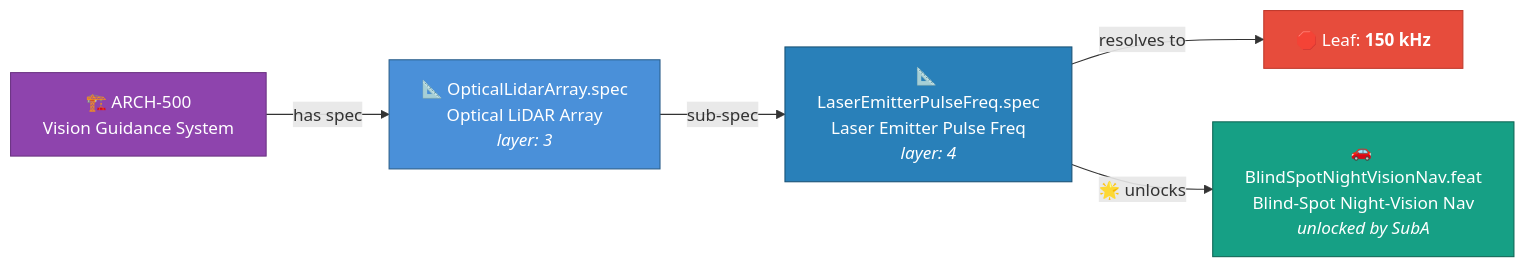
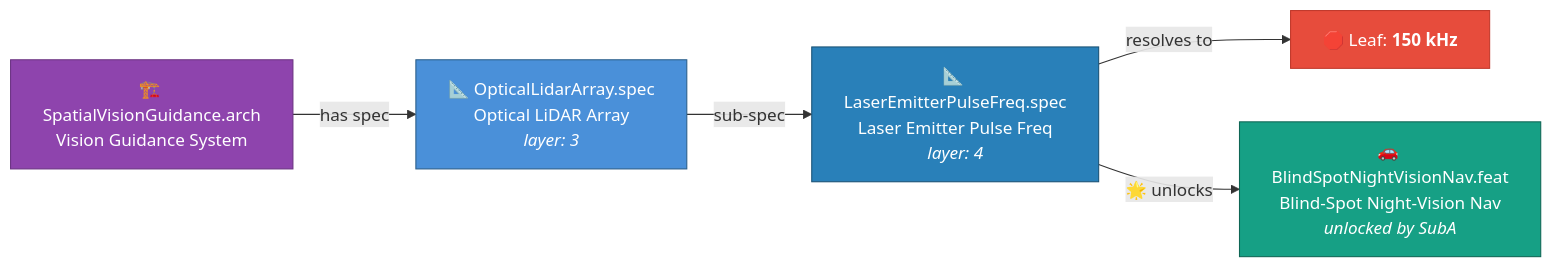
The second of 2 diagrams in docs/doc-templates/20260816-035419-161812-77ab-8fb0-d4d2c0e1cb0d-SpecificationTmpl.tmpl-0.0.1.md (hanasaki/hanaden-bwrap-enhanced), drawn with Mermaid before and after one commit. The commit also changed other lines of this file and 6 other files, not shown here.

````diff
--- a/docs/doc-templates/20260816-035419-161812-77ab-8fb0-d4d2c0e1cb0d-SpecificationTmpl.tmpl-0.0.1.md
+++ b/docs/doc-templates/20260816-035419-161812-77ab-8fb0-d4d2c0e1cb0d-SpecificationTmpl.tmpl-0.0.1.md
@@ -75,22 +75,22 @@
 ```mermaid
 flowchart LR
-    ARCH["🏗️ ARCH-500<br/>Vision Guidance System"]:::arch
+    ARCH["🏗️ SpatialVisionGuidance.arch<br/>Vision Guidance System"]:::arch
 
     SP["📐 OpticalLidarArray.spec<br/>Optical LiDAR Array<br/><i>layer: 3</i>"]:::spec
 
     SPA["📐 LaserEmitterPulseFreq.spec<br/>Laser Emitter Pulse Freq<br/><i>layer: 4</i>"]:::sub
     LV["🛑 Leaf: <b>150 kHz</b>"]:::leaf
 
     FEAT["🚗 BlindSpotNightVisionNav.feat<br/>Blind-Spot Night-Vision Nav<br/><i>unlocked by SubA</i>"]:::unlock
 
     ARCH -->|"has spec"| SP
     SP -->|"sub-spec"| SPA
     SPA -->|"resolves to"| LV
     SPA -->|"🌟 unlocks"| FEAT
 
     classDef arch   fill:#8e44ad,stroke:#6c3483,color:#fff
     classDef spec   fill:#4a90d9,stroke:#2c5f8a,color:#fff
     classDef sub    fill:#2980b9,stroke:#1a5276,color:#fff
     classDef leaf   fill:#e74c3c,stroke:#c0392b,color:#fff
     classDef unlock fill:#16a085,stroke:#0e6655,color:#fff
 ```
````
